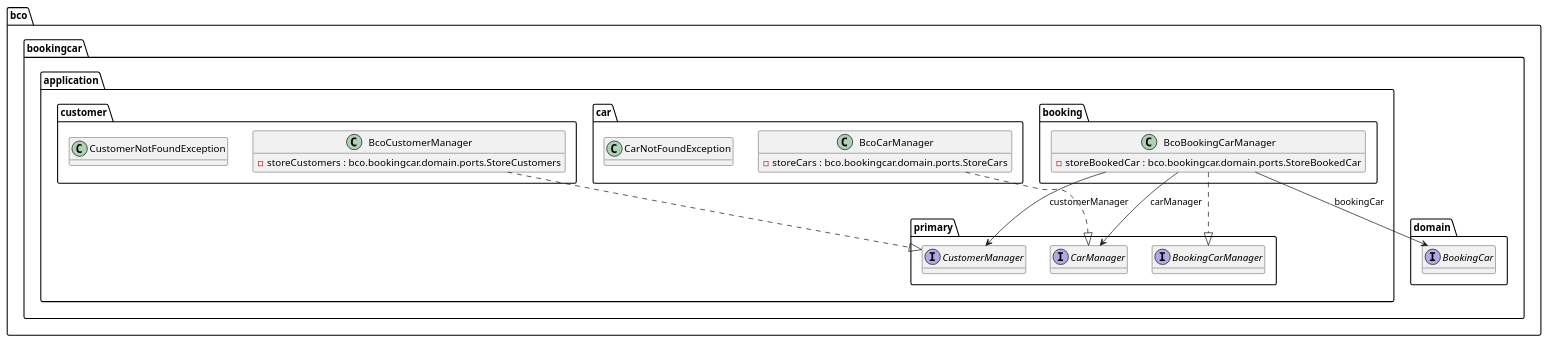
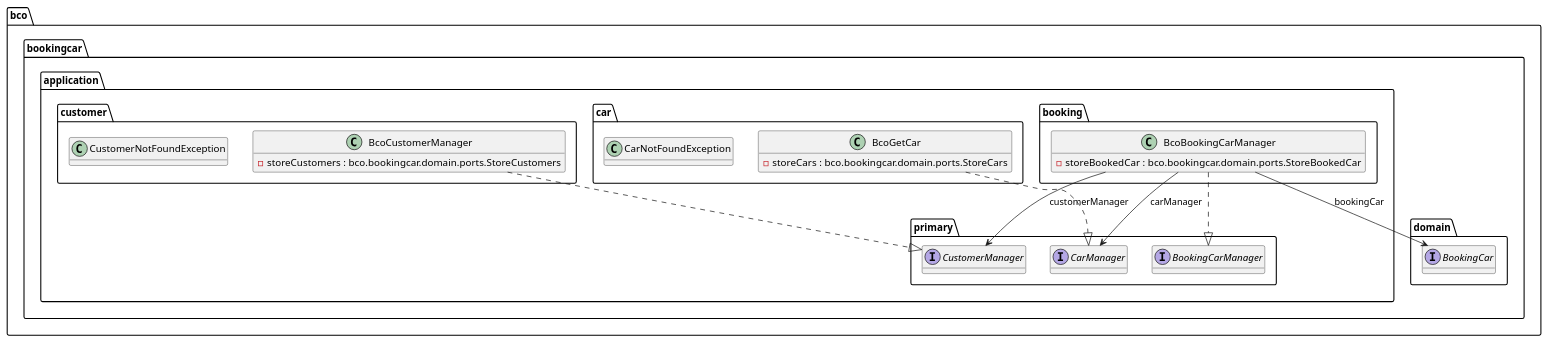
One commit to benjamins44/bookingcar changed the diagram in bookingcar-application/docs/application.puml. Above: the diagram before and after it, drawn with PlantUML. The commit also changed 26 other files, not shown here.

Commit message:
feat(GetCar): use presenter

```diff
--- a/bookingcar-application/docs/application.puml
+++ b/bookingcar-application/docs/application.puml
@@ -1,63 +1,63 @@
 @startuml
 
 class bco.bookingcar.application.booking.BcoBookingCarManager {
 	{field} -storeBookedCar : bco.bookingcar.domain.ports.StoreBookedCar
 	{method} +book ( paramUUID1 : java.util.UUID , paramUUID2 : java.util.UUID , paramPeriod3 : bco.bookingcar.domain.shared.Period ) : bco.bookingcar.domain.booking.BookedCar
 	{method} +search ( paramSearchAvailableCarsCriterias1 : bco.bookingcar.domain.booking.SearchAvailableCarsCriterias ) : java.util.List
 }
 
 
-class bco.bookingcar.application.car.BcoCarManager {
+class bco.bookingcar.application.car.BcoGetCar {
 	{field} -storeCars : bco.bookingcar.domain.ports.StoreCars
 	{method} +findById ( paramUUID1 : java.util.UUID ) : bco.bookingcar.domain.car.Car
 }
 
 
 class bco.bookingcar.application.car.CarNotFoundException {
 }
 
 
 class bco.bookingcar.application.customer.BcoCustomerManager {
 	{field} -storeCustomers : bco.bookingcar.domain.ports.StoreCustomers
 	{method} +findById ( paramUUID1 : java.util.UUID ) : bco.bookingcar.domain.customer.Customer
 }
 
 
 class bco.bookingcar.application.customer.CustomerNotFoundException {
 }
 
 
 interface bco.bookingcar.application.primary.BookingCarManager {
 	{method}  {abstract} +book ( paramUUID1 : java.util.UUID , paramUUID2 : java.util.UUID , paramPeriod3 : bco.bookingcar.domain.shared.Period ) : bco.bookingcar.domain.booking.BookedCar
 	{method}  {abstract} +search ( paramSearchAvailableCarsCriterias1 : bco.bookingcar.domain.booking.SearchAvailableCarsCriterias ) : java.util.List
 }
 
 
 interface bco.bookingcar.application.primary.CarManager {
 	{method}  {abstract} +findById ( paramUUID1 : java.util.UUID ) : bco.bookingcar.domain.car.Car
 }
 
 
 interface bco.bookingcar.application.primary.CustomerManager {
 	{method}  {abstract} +findById ( paramUUID1 : java.util.UUID ) : bco.bookingcar.domain.customer.Customer
 }
 
 
 interface bco.bookingcar.domain.BookingCar {
 	{method}  {abstract} +book ( paramBookingCarAttempt1 : bco.bookingcar.domain.booking.BookingCarAttempt ) : bco.bookingcar.domain.booking.BookedCar
 	{method}  {abstract} +search ( paramSearchAvailableCarsCriterias1 : bco.bookingcar.domain.booking.SearchAvailableCarsCriterias ) : java.util.List
 }
 
 
 
 
 bco.bookingcar.application.booking.BcoBookingCarManager -->  bco.bookingcar.application.primary.CarManager : carManager
 bco.bookingcar.application.booking.BcoBookingCarManager -->  bco.bookingcar.application.primary.CustomerManager : customerManager
 bco.bookingcar.application.booking.BcoBookingCarManager -->  bco.bookingcar.domain.BookingCar : bookingCar
 bco.bookingcar.application.booking.BcoBookingCarManager ..|>  bco.bookingcar.application.primary.BookingCarManager
-bco.bookingcar.application.car.BcoCarManager ..|>  bco.bookingcar.application.primary.CarManager
+bco.bookingcar.application.car.BcoGetCar ..|>  bco.bookingcar.application.primary.CarManager
 bco.bookingcar.application.customer.BcoCustomerManager ..|>  bco.bookingcar.application.primary.CustomerManager
 
 hide methods
 
 @enduml
```
